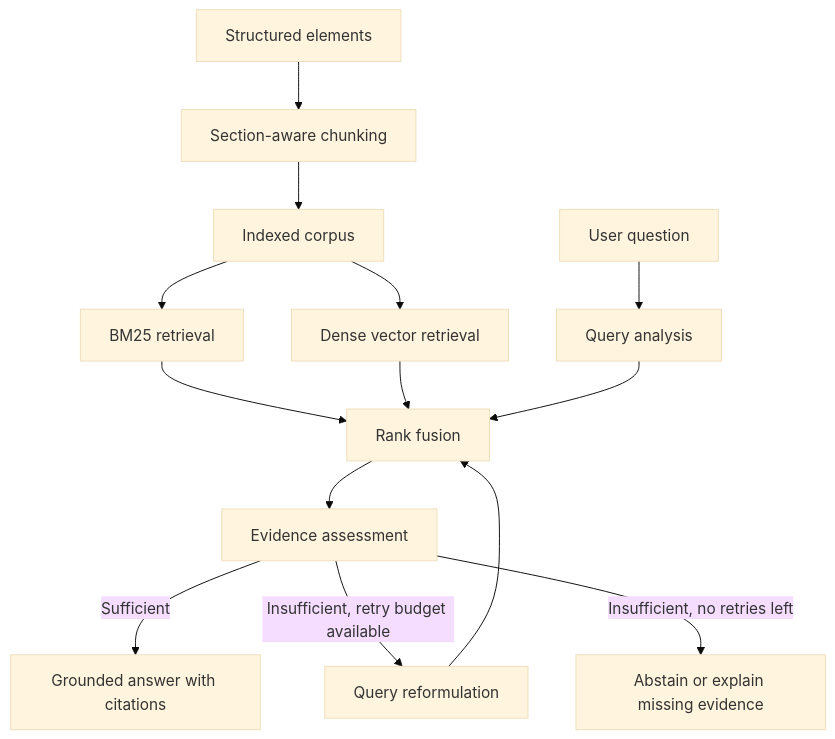
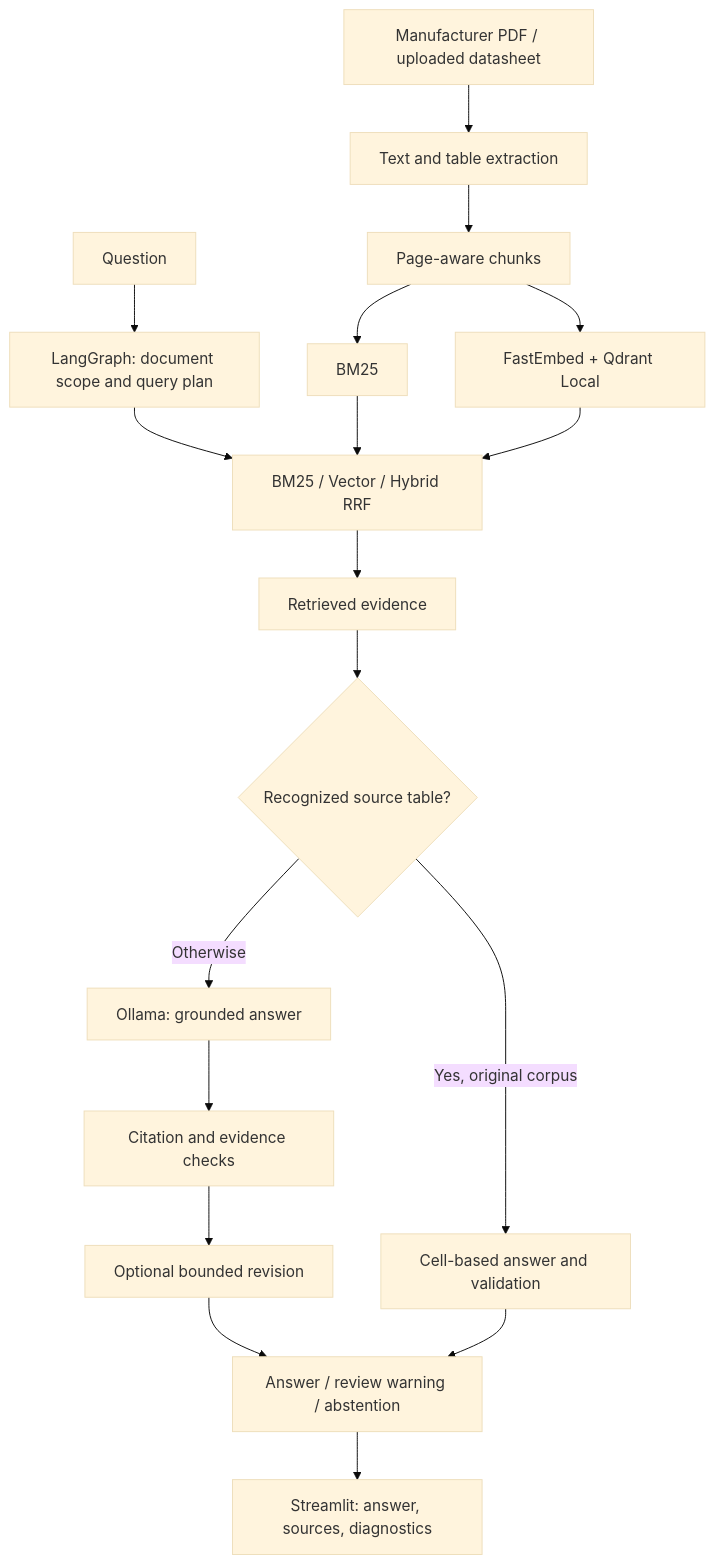
Before and after one commit to flaviorosim/tech-specs-agent: the diagram in README.md, drawn with Mermaid (base theme). The commit also changed other lines of this file and 4 other files, not shown here.

````diff
--- a/README.md
+++ b/README.md
@@ -50,16 +20,20 @@
 ```mermaid
 flowchart TD
-    A[Structured elements] --> B[Section-aware chunking]
-    B --> C[Indexed corpus]
-    C --> D[BM25 retrieval]
-    C --> E[Dense vector retrieval]
-    D --> F[Rank fusion]
-    E --> F
-    Q[User question] --> H[Query analysis]
-    H --> F
-    F --> I[Evidence assessment]
-    I -->|Sufficient| J[Grounded answer with citations]
-    I -->|Insufficient, retry budget available| K[Query reformulation]
-    K --> F
-    I -->|Insufficient, no retries left| L[Abstain or explain missing evidence]
+    PDF[Manufacturer PDF / uploaded datasheet] --> ING[Text and table extraction]
+    ING --> CH[Page-aware chunks]
+    CH --> B[BM25]
+    CH --> V[FastEmbed + Qdrant Local]
+    Q[Question] --> P[LangGraph: document scope and query plan]
+    P --> R[BM25 / Vector / Hybrid RRF]
+    B --> R
+    V --> R
+    R --> E[Retrieved evidence]
+    E --> T{Recognized source table?}
+    T -->|Yes, original corpus| C[Cell-based answer and validation]
+    T -->|Otherwise| L[Ollama: grounded answer]
+    L --> J[Citation and evidence checks]
+    J --> D[Optional bounded revision]
+    D --> O[Answer / review warning / abstention]
+    C --> O
+    O --> UI[Streamlit: answer, sources, diagnostics]
 ```
````
